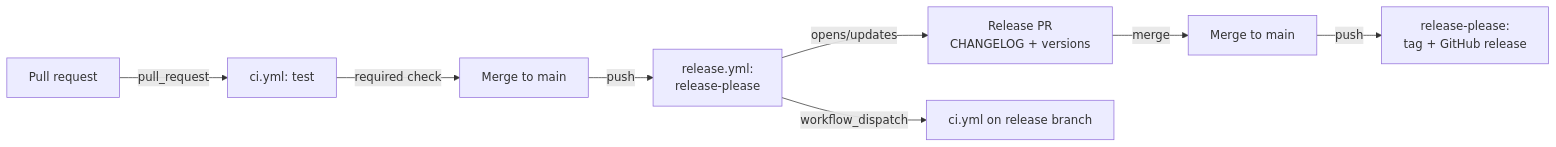
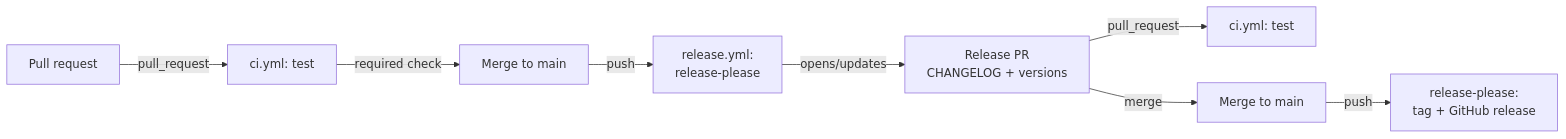
One commit to jhermesn/wrong-answer-labs changed the diagram in docs/ci-cd.md. Above: the diagram before and after it, drawn with Mermaid. The commit also changed other lines of this file and 4 other files, not shown here.

First line of the commit message:
ci(release): open the release pull request with a GitHub App token (#26)

````diff
--- a/docs/ci-cd.md
+++ b/docs/ci-cd.md
@@ -8,10 +8,10 @@
 ```mermaid
 flowchart LR
     PR[Pull request] -->|pull_request| CI[ci.yml: test]
     CI -->|required check| M[Merge to main]
     M -->|push| RP[release.yml:<br/>release-please]
     RP -->|opens/updates| RPR[Release PR<br/>CHANGELOG + versions]
-    RP -->|workflow_dispatch| CI2[ci.yml on release branch]
+    RPR -->|pull_request| CI2[ci.yml: test]
     RPR -->|merge| M2[Merge to main]
     M2 -->|push| RP2[release-please:<br/>tag + GitHub release]
 ```
````
